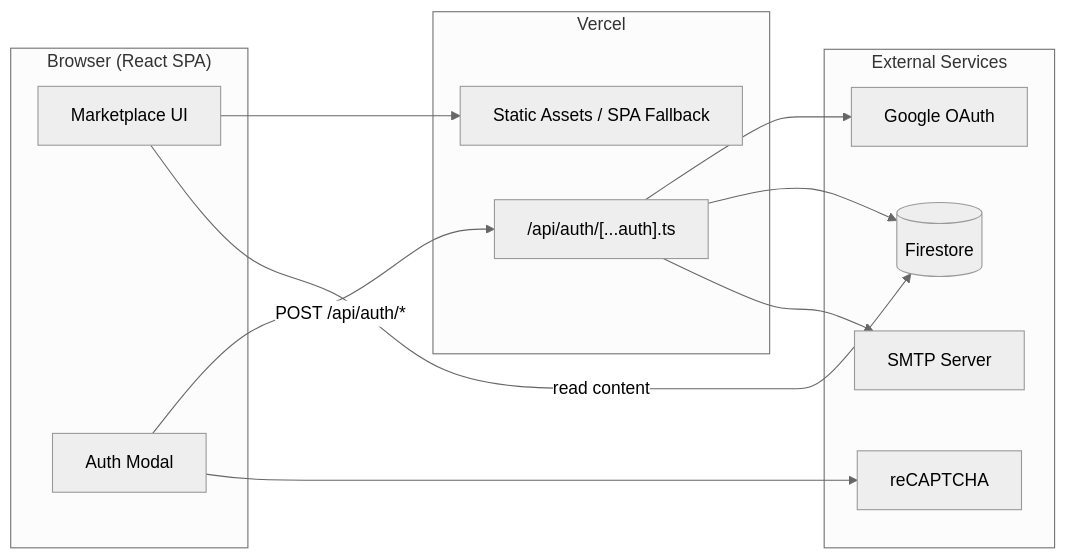
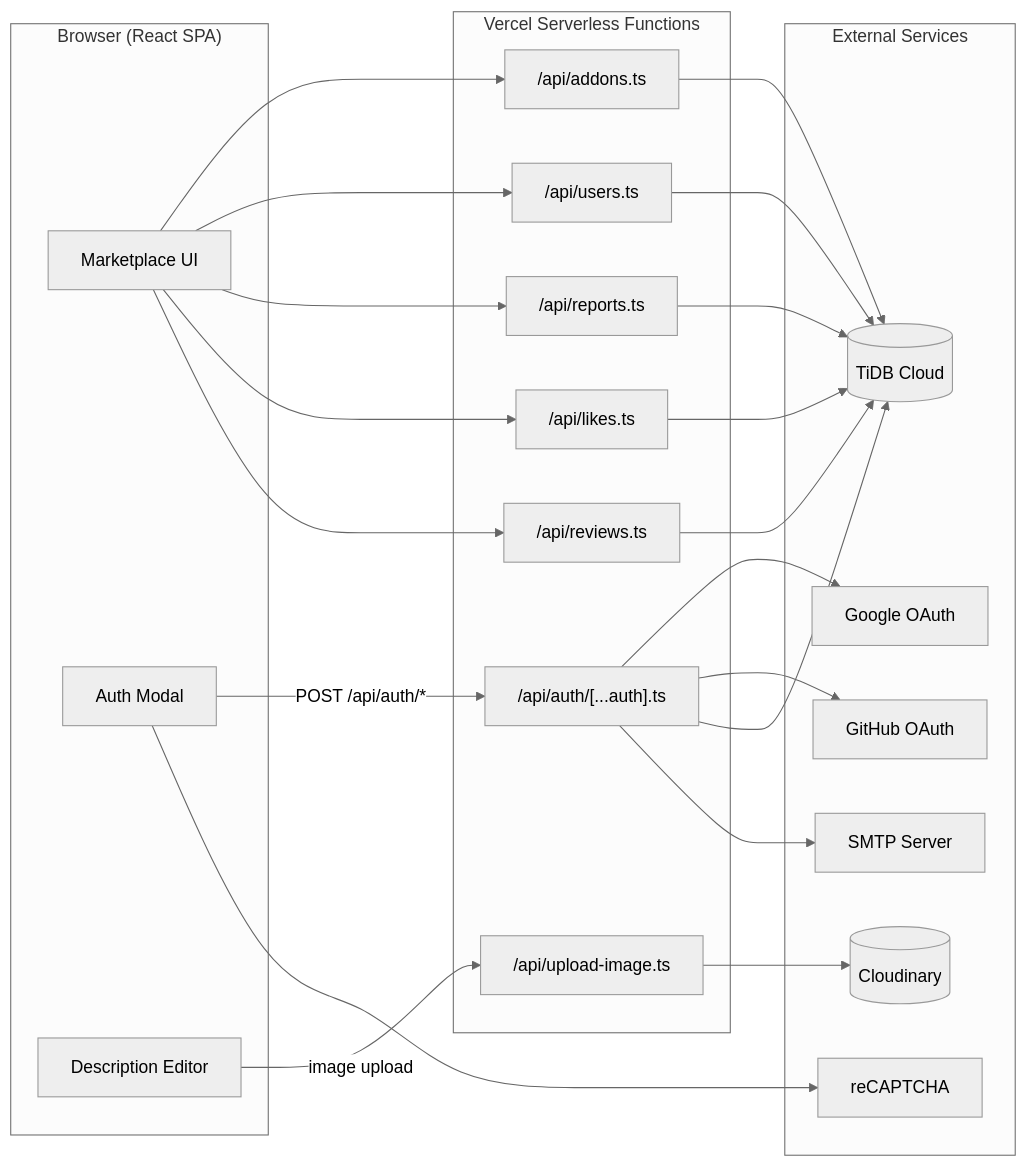
The first of 3 diagrams in README.md (Vann1945/Voltra1), drawn with Mermaid (neutral theme) before and after one commit. The commit also changed other lines of this file and 84 other files, not shown here.

````diff
--- a/README.md
+++ b/README.md
@@ -76,27 +86,46 @@
 ```mermaid
 flowchart LR
     subgraph Client["Browser (React SPA)"]
         UI[Marketplace UI]
         AuthModal[Auth Modal]
+        Editor[Description Editor]
     end
 
-    subgraph Vercel["Vercel"]
-        API["/api/auth/[...auth].ts"]
-        Static[Static Assets / SPA Fallback]
+    subgraph Vercel["Vercel Serverless Functions"]
+        AuthAPI["/api/auth/[...auth].ts"]
+        AddonsAPI["/api/addons.ts"]
+        UsersAPI["/api/users.ts"]
+        ReportsAPI["/api/reports.ts"]
+        LikesAPI["/api/likes.ts"]
+        ReviewsAPI["/api/reviews.ts"]
+        UploadAPI["/api/upload-image.ts"]
     end
 
     subgraph External["External Services"]
         Google[Google OAuth]
-        Firebase[(Firestore)]
+        GitHub[GitHub OAuth]
+        TiDB[(TiDB Cloud)]
+        Cloudinary[(Cloudinary)]
         SMTP[SMTP Server]
         Recaptcha[reCAPTCHA]
     end
 
-    UI --> Static
-    AuthModal -->|POST /api/auth/*| API
-    API --> Google
-    API --> Firebase
-    API --> SMTP
+    UI --> AddonsAPI
+    UI --> UsersAPI
+    UI --> ReportsAPI
+    UI --> LikesAPI
+    UI --> ReviewsAPI
+    Editor -->|image upload| UploadAPI
+    AuthModal -->|POST /api/auth/*| AuthAPI
+    AuthAPI --> Google
+    AuthAPI --> GitHub
+    AuthAPI --> TiDB
+    AuthAPI --> SMTP
     AuthModal --> Recaptcha
-    UI -->|read content| Firebase
+    AddonsAPI --> TiDB
+    UsersAPI --> TiDB
+    ReportsAPI --> TiDB
+    LikesAPI --> TiDB
+    ReviewsAPI --> TiDB
+    UploadAPI --> Cloudinary
 ```
````
